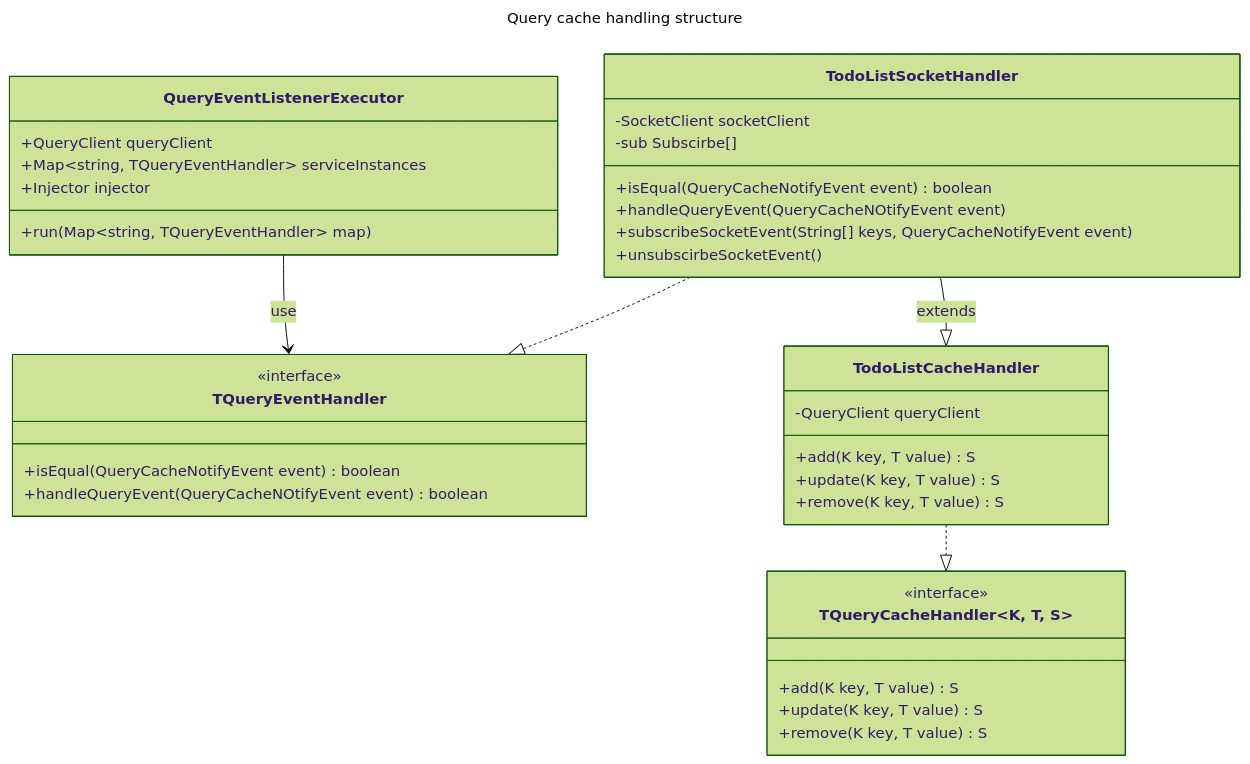
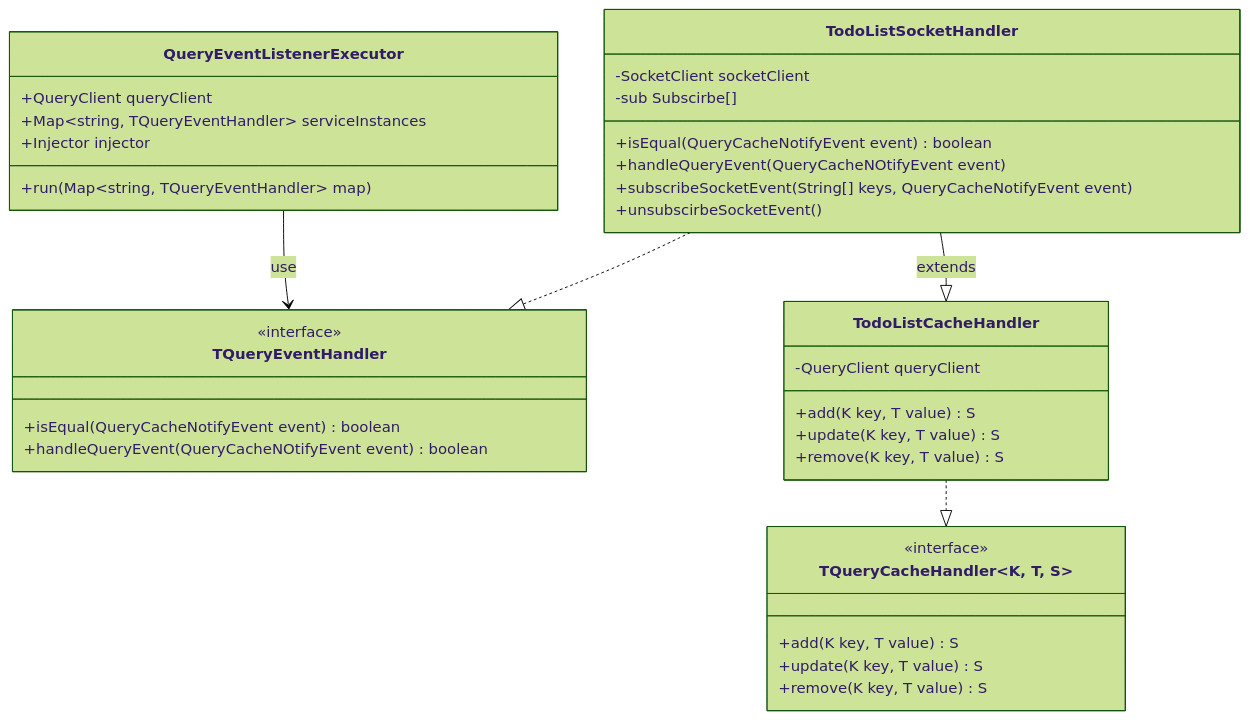
Before and after one commit to load28/tanstack-query-todo-app: the diagram in README.md, drawn with Mermaid (forest theme). The commit also changed other lines of this file and 1 other file, not shown here.

````diff
--- a/README.md
+++ b/README.md
@@ -1,44 +29,41 @@
 ```mermaid
----
-title: "Query cache handling structure"
----
 classDiagram
   queryProvider
   class QueryEventListenerExecutor
     QueryEventListenerExecutor: +QueryClient queryClient
     QueryEventListenerExecutor: +Map~string, TQueryEventHandler~ serviceInstances
     QueryEventListenerExecutor: +Injector injector
     QueryEventListenerExecutor: +run(Map~string, TQueryEventHandler~ map)
     
   class TQueryCacheHandler~K, T, S~
     <<interface>> TQueryCacheHandler
     TQueryCacheHandler: +add(K key, T value) S
     TQueryCacheHandler: +update(K key, T value) S
     TQueryCacheHandler: +remove(K key, T value) S
     
   class TQueryEventHandler
     <<interface>> TQueryEventHandler
     TQueryEventHandler: +isEqual(QueryCacheNotifyEvent event) boolean
     TQueryEventHandler: +handleQueryEvent(QueryCacheNOtifyEvent event) boolean
   
   class TodoListCacheHandler
     TodoListCacheHandler: -QueryClient queryClient
     TodoListCacheHandler: +add(K key, T value) S
     TodoListCacheHandler: +update(K key, T value) S
     TodoListCacheHandler: +remove(K key, T value) S
     
   class TodoListSocketHandler
     TodoListSocketHandler: -SocketClient socketClient
     TodoListSocketHandler: -sub Subscirbe[]
     TodoListSocketHandler: +isEqual(QueryCacheNotifyEvent event) boolean
     TodoListSocketHandler: +handleQueryEvent(QueryCacheNOtifyEvent event) 
     TodoListSocketHandler: +subscribeSocketEvent(String[] keys, QueryCacheNotifyEvent event) 
     TodoListSocketHandler: +unsubscirbeSocketEvent()
 
     TodoListCacheHandler ..|> TQueryCacheHandler
     TodoListSocketHandler ..|> TQueryEventHandler
     TodoListSocketHandler --|> TodoListCacheHandler : extends
     QueryEventListenerExecutor --> TQueryEventHandler : use
 
 
 ```
````
